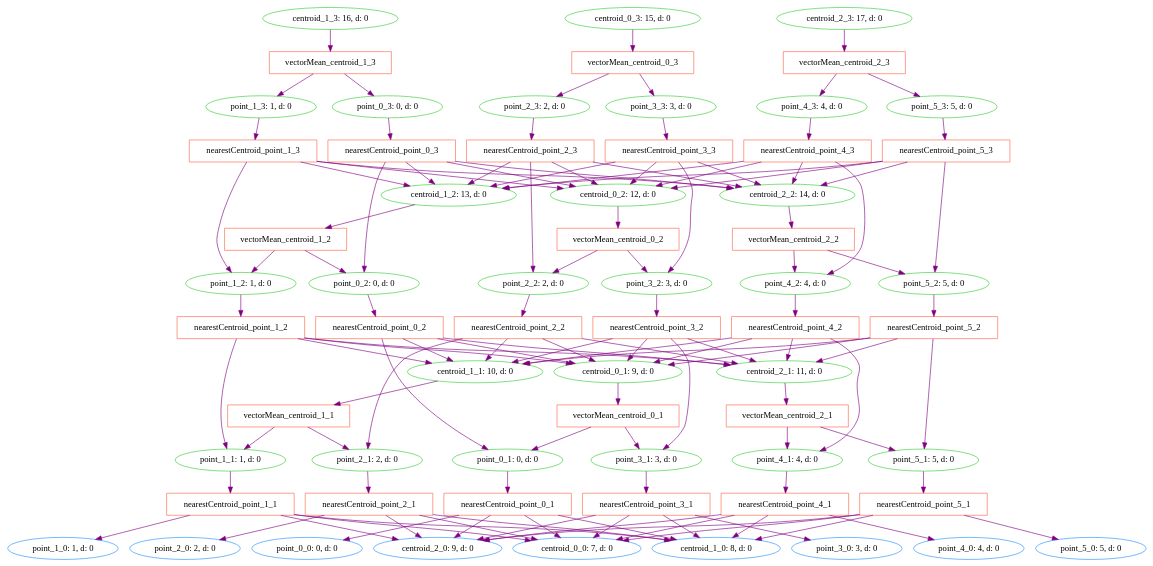
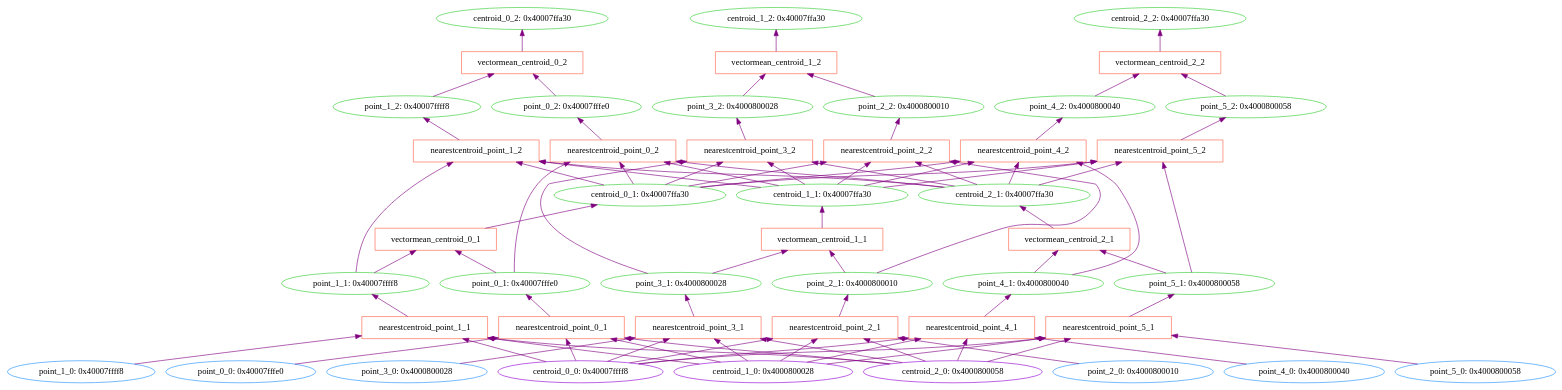
One commit to milliondegree/PXAI changed the diagram in data/toy-kmeans/cprov/test.dot. Above: the diagram before and after it, drawn with Graphviz. The commit also changed 11 other files, not shown here.

```diff
--- a/data/toy-kmeans/cprov/test.dot
+++ b/data/toy-kmeans/cprov/test.dot
@@ -1,299 +1,204 @@
 digraph G {
-0 [label="point_0_0: 0, d: 0", shape=oval, color=dodgerblue];
-1 [label="point_1_0: 1, d: 0", shape=oval, color=dodgerblue];
-2 [label="point_2_0: 2, d: 0", shape=oval, color=dodgerblue];
-3 [label="point_3_0: 3, d: 0", shape=oval, color=dodgerblue];
-4 [label="point_4_0: 4, d: 0", shape=oval, color=dodgerblue];
-5 [label="point_5_0: 5, d: 0", shape=oval, color=dodgerblue];
-6 [label="centroid_0_0: 7, d: 0", shape=oval, color=dodgerblue];
-7 [label="centroid_1_0: 8, d: 0", shape=oval, color=dodgerblue];
-8 [label="centroid_2_0: 9, d: 0", shape=oval, color=dodgerblue];
-9 [label="point_0_1: 0, d: 0", shape=oval, color=limegreen];
-10 [label="nearestCentroid_point_0_1", shape=box, color=tomato];
-11 [label="point_1_1: 1, d: 0", shape=oval, color=limegreen];
-12 [label="nearestCentroid_point_1_1", shape=box, color=tomato];
-13 [label="point_2_1: 2, d: 0", shape=oval, color=limegreen];
-14 [label="nearestCentroid_point_2_1", shape=box, color=tomato];
-15 [label="point_3_1: 3, d: 0", shape=oval, color=limegreen];
-16 [label="nearestCentroid_point_3_1", shape=box, color=tomato];
-17 [label="point_4_1: 4, d: 0", shape=oval, color=limegreen];
-18 [label="nearestCentroid_point_4_1", shape=box, color=tomato];
-19 [label="point_5_1: 5, d: 0", shape=oval, color=limegreen];
-20 [label="nearestCentroid_point_5_1", shape=box, color=tomato];
-21 [label="centroid_0_1: 9, d: 0", shape=oval, color=limegreen];
-22 [label="vectorMean_centroid_0_1", shape=box, color=tomato];
-23 [label="centroid_1_1: 10, d: 0", shape=oval, color=limegreen];
-24 [label="vectorMean_centroid_1_1", shape=box, color=tomato];
-25 [label="centroid_2_1: 11, d: 0", shape=oval, color=limegreen];
-26 [label="vectorMean_centroid_2_1", shape=box, color=tomato];
-27 [label="point_0_2: 0, d: 0", shape=oval, color=limegreen];
-28 [label="nearestCentroid_point_0_2", shape=box, color=tomato];
-29 [label="point_1_2: 1, d: 0", shape=oval, color=limegreen];
-30 [label="nearestCentroid_point_1_2", shape=box, color=tomato];
-31 [label="point_2_2: 2, d: 0", shape=oval, color=limegreen];
-32 [label="nearestCentroid_point_2_2", shape=box, color=tomato];
-33 [label="point_3_2: 3, d: 0", shape=oval, color=limegreen];
-34 [label="nearestCentroid_point_3_2", shape=box, color=tomato];
-35 [label="point_4_2: 4, d: 0", shape=oval, color=limegreen];
-36 [label="nearestCentroid_point_4_2", shape=box, color=tomato];
-37 [label="point_5_2: 5, d: 0", shape=oval, color=limegreen];
-38 [label="nearestCentroid_point_5_2", shape=box, color=tomato];
-39 [label="centroid_0_2: 12, d: 0", shape=oval, color=limegreen];
-40 [label="vectorMean_centroid_0_2", shape=box, color=tomato];
-41 [label="centroid_1_2: 13, d: 0", shape=oval, color=limegreen];
-42 [label="vectorMean_centroid_1_2", shape=box, color=tomato];
-43 [label="centroid_2_2: 14, d: 0", shape=oval, color=limegreen];
-44 [label="vectorMean_centroid_2_2", shape=box, color=tomato];
-45 [label="point_0_3: 0, d: 0", shape=oval, color=limegreen];
-46 [label="nearestCentroid_point_0_3", shape=box, color=tomato];
-47 [label="point_1_3: 1, d: 0", shape=oval, color=limegreen];
-48 [label="nearestCentroid_point_1_3", shape=box, color=tomato];
-49 [label="point_2_3: 2, d: 0", shape=oval, color=limegreen];
-50 [label="nearestCentroid_point_2_3", shape=box, color=tomato];
-51 [label="point_3_3: 3, d: 0", shape=oval, color=limegreen];
-52 [label="nearestCentroid_point_3_3", shape=box, color=tomato];
-53 [label="point_4_3: 4, d: 0", shape=oval, color=limegreen];
-54 [label="nearestCentroid_point_4_3", shape=box, color=tomato];
-55 [label="point_5_3: 5, d: 0", shape=oval, color=limegreen];
-56 [label="nearestCentroid_point_5_3", shape=box, color=tomato];
-57 [label="centroid_0_3: 15, d: 0", shape=oval, color=limegreen];
-58 [label="vectorMean_centroid_0_3", shape=box, color=tomato];
-59 [label="centroid_1_3: 16, d: 0", shape=oval, color=limegreen];
-60 [label="vectorMean_centroid_1_3", shape=box, color=tomato];
-61 [label="centroid_2_3: 17, d: 0", shape=oval, color=limegreen];
-62 [label="vectorMean_centroid_2_3", shape=box, color=tomato];
-9->10  [color=purple]
+    rankdir="BT"
+0 [label="point_0_0: 0x40007fffe0", shape=oval, color=dodgerblue];
+1 [label="point_1_0: 0x40007ffff8", shape=oval, color=dodgerblue];
+2 [label="point_2_0: 0x4000800010", shape=oval, color=dodgerblue];
+3 [label="point_3_0: 0x4000800028", shape=oval, color=dodgerblue];
+4 [label="point_4_0: 0x4000800040", shape=oval, color=dodgerblue];
+5 [label="point_5_0: 0x4000800058", shape=oval, color=dodgerblue];
+6 [label="centroid_0_0: 0x40007ffff8", shape=oval, color=darkviolet];
+7 [label="centroid_1_0: 0x4000800028", shape=oval, color=darkviolet];
+8 [label="centroid_2_0: 0x4000800058", shape=oval, color=darkviolet];
+9 [label="point_0_1: 0x40007fffe0", shape=oval, color=limegreen];
+10 [label="nearestcentroid_point_0_1", shape=box, color=tomato];
+11 [label="point_1_1: 0x40007ffff8", shape=oval, color=limegreen];
+12 [label="nearestcentroid_point_1_1", shape=box, color=tomato];
+13 [label="point_2_1: 0x4000800010", shape=oval, color=limegreen];
+14 [label="nearestcentroid_point_2_1", shape=box, color=tomato];
+15 [label="point_3_1: 0x4000800028", shape=oval, color=limegreen];
+16 [label="nearestcentroid_point_3_1", shape=box, color=tomato];
+17 [label="point_4_1: 0x4000800040", shape=oval, color=limegreen];
+18 [label="nearestcentroid_point_4_1", shape=box, color=tomato];
+19 [label="point_5_1: 0x4000800058", shape=oval, color=limegreen];
+20 [label="nearestcentroid_point_5_1", shape=box, color=tomato];
+21 [label="centroid_0_1: 0x40007ffa30", shape=oval, color=limegreen];
+22 [label="vectormean_centroid_0_1", shape=box, color=tomato];
+23 [label="centroid_1_1: 0x40007ffa30", shape=oval, color=limegreen];
+24 [label="vectormean_centroid_1_1", shape=box, color=tomato];
+25 [label="centroid_2_1: 0x40007ffa30", shape=oval, color=limegreen];
+26 [label="vectormean_centroid_2_1", shape=box, color=tomato];
+27 [label="point_0_2: 0x40007fffe0", shape=oval, color=limegreen];
+28 [label="nearestcentroid_point_0_2", shape=box, color=tomato];
+29 [label="point_1_2: 0x40007ffff8", shape=oval, color=limegreen];
+30 [label="nearestcentroid_point_1_2", shape=box, color=tomato];
+31 [label="point_2_2: 0x4000800010", shape=oval, color=limegreen];
+32 [label="nearestcentroid_point_2_2", shape=box, color=tomato];
+33 [label="point_3_2: 0x4000800028", shape=oval, color=limegreen];
+34 [label="nearestcentroid_point_3_2", shape=box, color=tomato];
+35 [label="point_4_2: 0x4000800040", shape=oval, color=limegreen];
+36 [label="nearestcentroid_point_4_2", shape=box, color=tomato];
+37 [label="point_5_2: 0x4000800058", shape=oval, color=limegreen];
+38 [label="nearestcentroid_point_5_2", shape=box, color=tomato];
+39 [label="centroid_0_2: 0x40007ffa30", shape=oval, color=limegreen];
+40 [label="vectormean_centroid_0_2", shape=box, color=tomato];
+41 [label="centroid_1_2: 0x40007ffa30", shape=oval, color=limegreen];
+42 [label="vectormean_centroid_1_2", shape=box, color=tomato];
+43 [label="centroid_2_2: 0x40007ffa30", shape=oval, color=limegreen];
+44 [label="vectormean_centroid_2_2", shape=box, color=tomato];
+10->9  [color=purple]
  [label=""];
-10->6  [color=purple]
+6->10  [color=purple]
  [label=""];
-10->7  [color=purple]
+7->10  [color=purple]
  [label=""];
-10->8  [color=purple]
+8->10  [color=purple]
  [label=""];
-10->0  [color=purple]
+0->10  [color=purple]
  [label=""];
-11->12  [color=purple]
+12->11  [color=purple]
  [label=""];
-12->6  [color=purple]
+6->12  [color=purple]
  [label=""];
-12->7  [color=purple]
+7->12  [color=purple]
  [label=""];
-12->8  [color=purple]
+8->12  [color=purple]
  [label=""];
-12->1  [color=purple]
+1->12  [color=purple]
  [label=""];
-13->14  [color=purple]
+14->13  [color=purple]
  [label=""];
-14->6  [color=purple]
+6->14  [color=purple]
  [label=""];
-14->7  [color=purple]
+7->14  [color=purple]
  [label=""];
-14->8  [color=purple]
+8->14  [color=purple]
  [label=""];
-14->2  [color=purple]
+2->14  [color=purple]
  [label=""];
-15->16  [color=purple]
+16->15  [color=purple]
  [label=""];
-16->6  [color=purple]
+6->16  [color=purple]
  [label=""];
-16->7  [color=purple]
+7->16  [color=purple]
  [label=""];
-16->8  [color=purple]
+8->16  [color=purple]
  [label=""];
-16->3  [color=purple]
+3->16  [color=purple]
  [label=""];
-17->18  [color=purple]
+18->17  [color=purple]
  [label=""];
-18->6  [color=purple]
+6->18  [color=purple]
  [label=""];
-18->7  [color=purple]
+7->18  [color=purple]
  [label=""];
-18->8  [color=purple]
+8->18  [color=purple]
  [label=""];
-18->4  [color=purple]
+4->18  [color=purple]
  [label=""];
-19->20  [color=purple]
+20->19  [color=purple]
  [label=""];
-20->6  [color=purple]
+6->20  [color=purple]
  [label=""];
-20->7  [color=purple]
+7->20  [color=purple]
  [label=""];
-20->8  [color=purple]
+8->20  [color=purple]
  [label=""];
-20->5  [color=purple]
+5->20  [color=purple]
  [label=""];
-21->22  [color=purple]
+22->21  [color=purple]
  [label=""];
-22->9  [color=purple]
+9->22  [color=purple]
  [label=""];
-22->15  [color=purple]
+11->22  [color=purple]
  [label=""];
-23->24  [color=purple]
+24->23  [color=purple]
  [label=""];
-24->11  [color=purple]
+13->24  [color=purple]
  [label=""];
-24->13  [color=purple]
+15->24  [color=purple]
  [label=""];
-25->26  [color=purple]
+26->25  [color=purple]
  [label=""];
-26->17  [color=purple]
+17->26  [color=purple]
  [label=""];
-26->19  [color=purple]
+19->26  [color=purple]
  [label=""];
-27->28  [color=purple]
+28->27  [color=purple]
  [label=""];
-28->21  [color=purple]
+21->28  [color=purple]
  [label=""];
-28->23  [color=purple]
+23->28  [color=purple]
  [label=""];
-28->25  [color=purple]
+25->28  [color=purple]
  [label=""];
-28->9  [color=purple]
+9->28  [color=purple]
  [label=""];
-29->30  [color=purple]
+30->29  [color=purple]
  [label=""];
-30->21  [color=purple]
+21->30  [color=purple]
  [label=""];
-30->23  [color=purple]
+23->30  [color=purple]
  [label=""];
-30->25  [color=purple]
+25->30  [color=purple]
  [label=""];
-30->11  [color=purple]
+11->30  [color=purple]
  [label=""];
-31->32  [color=purple]
+32->31  [color=purple]
  [label=""];
-32->21  [color=purple]
+21->32  [color=purple]
  [label=""];
-32->23  [color=purple]
+23->32  [color=purple]
  [label=""];
-32->25  [color=purple]
+25->32  [color=purple]
  [label=""];
-32->13  [color=purple]
+13->32  [color=purple]
  [label=""];
-33->34  [color=purple]
+34->33  [color=purple]
  [label=""];
-34->21  [color=purple]
+21->34  [color=purple]
  [label=""];
-34->23  [color=purple]
+23->34  [color=purple]
  [label=""];
-34->25  [color=purple]
+25->34  [color=purple]
  [label=""];
-34->15  [color=purple]
+15->34  [color=purple]
  [label=""];
-35->36  [color=purple]
+36->35  [color=purple]
  [label=""];
-36->21  [color=purple]
+21->36  [color=purple]
  [label=""];
-36->23  [color=purple]
+23->36  [color=purple]
  [label=""];
-36->25  [color=purple]
+25->36  [color=purple]
  [label=""];
-36->17  [color=purple]
+17->36  [color=purple]
  [label=""];
-37->38  [color=purple]
+38->37  [color=purple]
  [label=""];
-38->21  [color=purple]
+21->38  [color=purple]
  [label=""];
-38->23  [color=purple]
+23->38  [color=purple]
  [label=""];
-38->25  [color=purple]
+25->38  [color=purple]
  [label=""];
-38->19  [color=purple]
+19->38  [color=purple]
  [label=""];
-39->40  [color=purple]
+40->39  [color=purple]
  [label=""];
-40->31  [color=purple]
+27->40  [color=purple]
  [label=""];
-40->33  [color=purple]
+29->40  [color=purple]
  [label=""];
-41->42  [color=purple]
+42->41  [color=purple]
  [label=""];
-42->27  [color=purple]
+31->42  [color=purple]
  [label=""];
-42->29  [color=purple]
+33->42  [color=purple]
  [label=""];
-43->44  [color=purple]
+44->43  [color=purple]
  [label=""];
-44->35  [color=purple]
+35->44  [color=purple]
  [label=""];
-44->37  [color=purple]
- [label=""];
-45->46  [color=purple]
- [label=""];
-46->39  [color=purple]
- [label=""];
-46->41  [color=purple]
- [label=""];
-46->43  [color=purple]
- [label=""];
-46->27  [color=purple]
- [label=""];
-47->48  [color=purple]
- [label=""];
-48->39  [color=purple]
- [label=""];
-48->41  [color=purple]
- [label=""];
-48->43  [color=purple]
- [label=""];
-48->29  [color=purple]
- [label=""];
-49->50  [color=purple]
- [label=""];
-50->39  [color=purple]
- [label=""];
-50->41  [color=purple]
- [label=""];
-50->43  [color=purple]
- [label=""];
-50->31  [color=purple]
- [label=""];
-51->52  [color=purple]
- [label=""];
-52->39  [color=purple]
- [label=""];
-52->41  [color=purple]
- [label=""];
-52->43  [color=purple]
- [label=""];
-52->33  [color=purple]
- [label=""];
-53->54  [color=purple]
- [label=""];
-54->39  [color=purple]
- [label=""];
-54->41  [color=purple]
- [label=""];
-54->43  [color=purple]
- [label=""];
-54->35  [color=purple]
- [label=""];
-55->56  [color=purple]
- [label=""];
-56->39  [color=purple]
- [label=""];
-56->41  [color=purple]
- [label=""];
-56->43  [color=purple]
- [label=""];
-56->37  [color=purple]
- [label=""];
-57->58  [color=purple]
- [label=""];
-58->49  [color=purple]
- [label=""];
-58->51  [color=purple]
- [label=""];
-59->60  [color=purple]
- [label=""];
-60->45  [color=purple]
- [label=""];
-60->47  [color=purple]
- [label=""];
-61->62  [color=purple]
- [label=""];
-62->53  [color=purple]
- [label=""];
-62->55  [color=purple]
+37->44  [color=purple]
  [label=""];
 }
```
